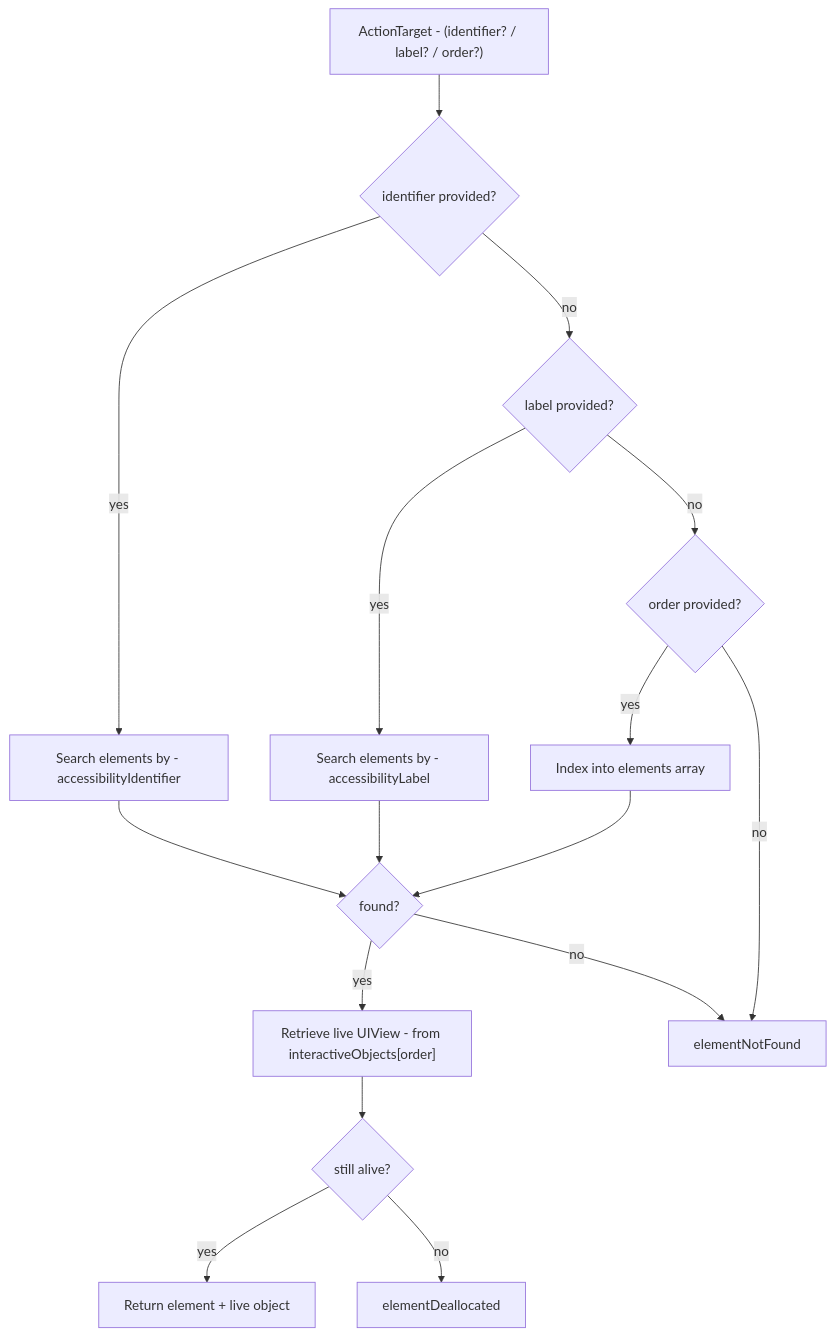
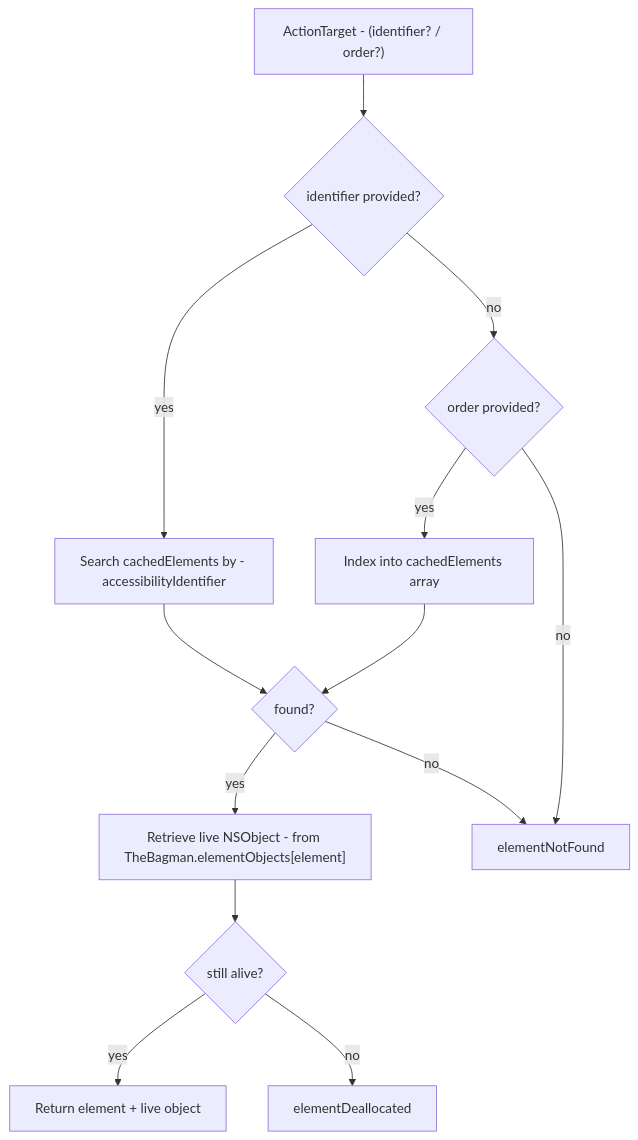
One commit to RoyalPineapple/TheButtonHeist changed the fourth of 5 diagrams in docs/dossiers/04-THESAFECRACKER.md. Above: the diagram before and after it, drawn with Mermaid. The commit also changed other lines of this file and 15 other files, not shown here.

````diff
--- a/docs/dossiers/04-THESAFECRACKER.md
+++ b/docs/dossiers/04-THESAFECRACKER.md
@@ -121,23 +121,20 @@
 ```mermaid
 flowchart TD
-    Target["ActionTarget - (identifier? / label? / order?)"]
+    Target["ActionTarget - (identifier? / order?)"]
 
     Target --> ByIdent{identifier provided?}
-    ByIdent -->|yes| SearchIdent["Search elements by - accessibilityIdentifier"]
-    ByIdent -->|no| ByLabel{label provided?}
-    ByLabel -->|yes| SearchLabel["Search elements by - accessibilityLabel"]
-    ByLabel -->|no| ByOrder{order provided?}
-    ByOrder -->|yes| SearchOrder["Index into elements array"]
+    ByIdent -->|yes| SearchIdent["Search cachedElements by - accessibilityIdentifier"]
+    ByIdent -->|no| ByOrder{order provided?}
+    ByOrder -->|yes| SearchOrder["Index into cachedElements array"]
     ByOrder -->|no| Fail["elementNotFound"]
 
     SearchIdent --> Found{found?}
-    SearchLabel --> Found
     SearchOrder --> Found
 
-    Found -->|yes| WeakRef["Retrieve live UIView - from interactiveObjects[order]"]
+    Found -->|yes| WeakRef["Retrieve live NSObject - from TheBagman.elementObjects[element]"]
     Found -->|no| Fail
 
     WeakRef --> Alive{still alive?}
     Alive -->|yes| UseElement["Return element + live object"]
     Alive -->|no| Dealloc["elementDeallocated"]
 ```
````
